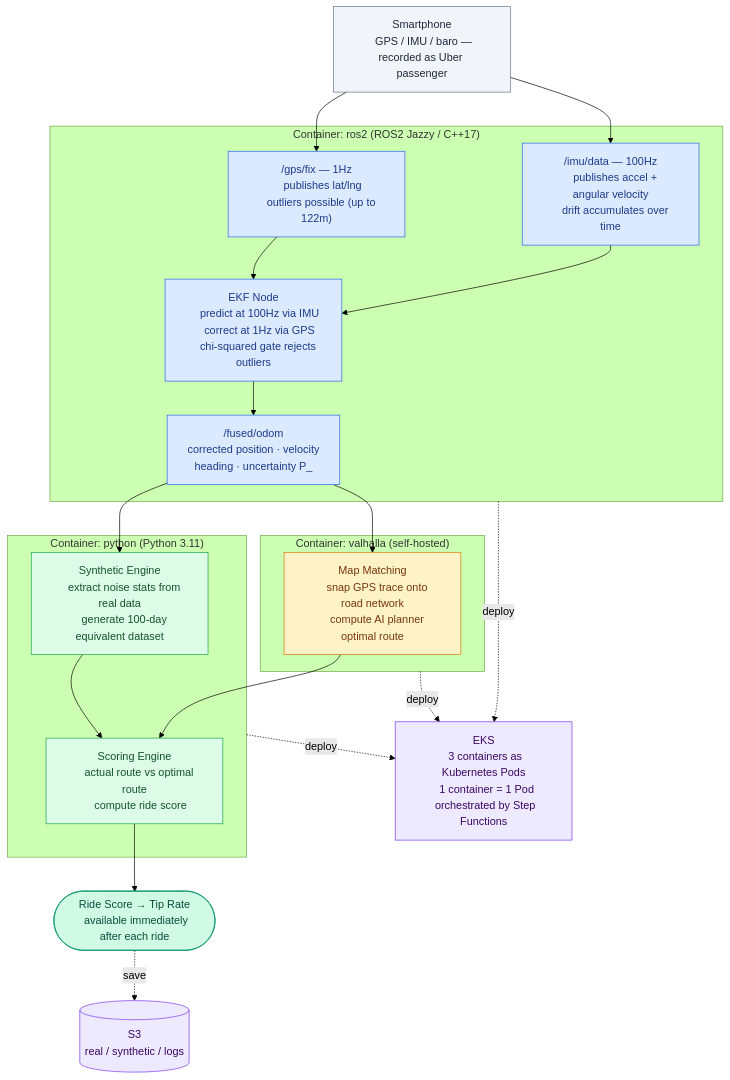
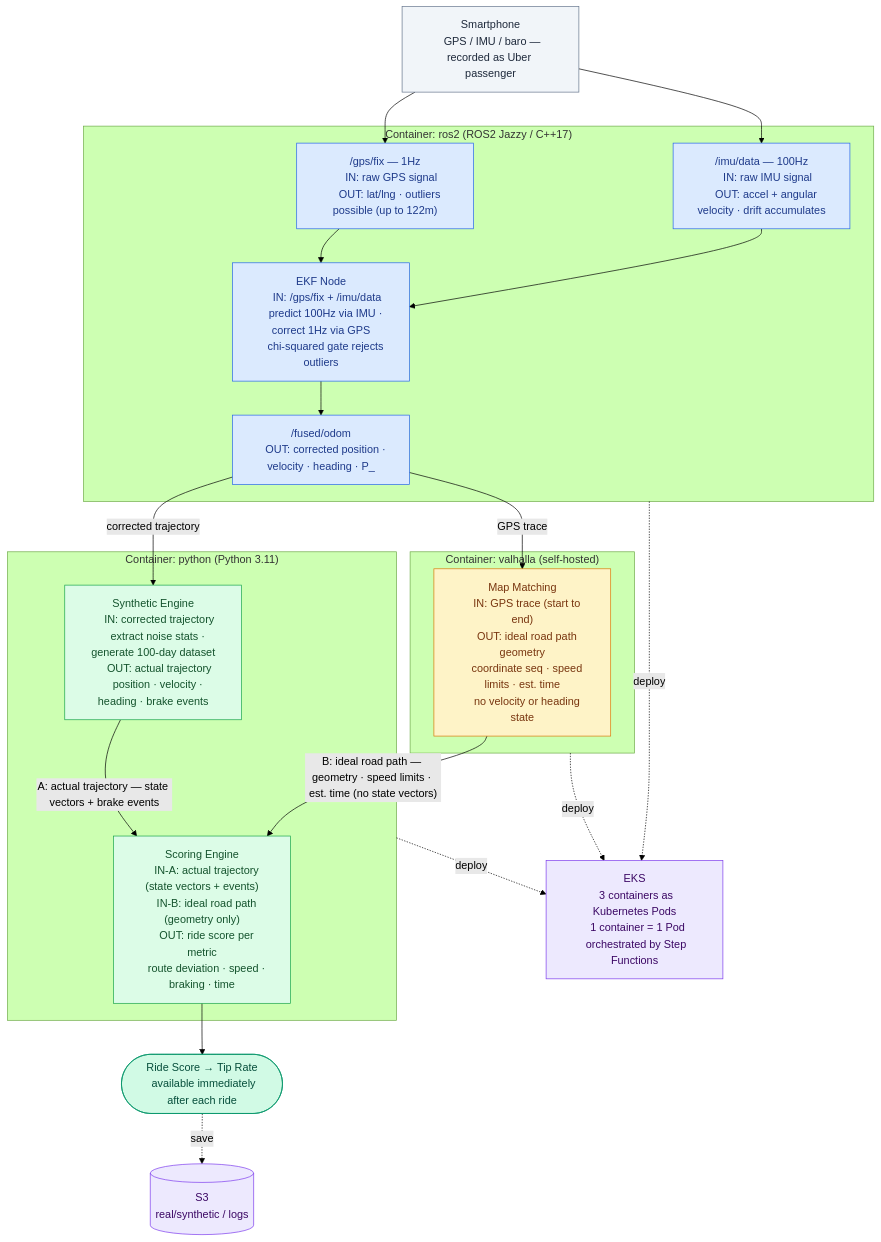
Before and after one commit to TakumiSomeya-Eng/raleigh-commute-digital-twin: the diagram in README.md, drawn with Mermaid (forest theme). The commit also changed other lines of this file, not shown here.

Commit message:
Enhance README with data flow and container details
Updated the README.md to clarify data flow and scoring engine inputs, and added container summaries.

````diff
--- a/README.md
+++ b/README.md
@@ -29,61 +30,67 @@
 ```mermaid
 flowchart TD
   classDef phoneNode fill:#F1F5F9,stroke:#64748B,color:#1E293B
   classDef ros2Node  fill:#DBEAFE,stroke:#2563EB,color:#1E3A8A
   classDef pyNode    fill:#DCFCE7,stroke:#16A34A,color:#14532D
   classDef valNode   fill:#FEF3C7,stroke:#D97706,color:#78350F
   classDef outNode   fill:#D1FAE5,stroke:#059669,color:#064E3B
   classDef infraNode fill:#EDE9FE,stroke:#7C3AED,color:#3B0764
 
   PHONE["Smartphone
   GPS / IMU / baro — recorded as Uber passenger"]:::phoneNode
 
   subgraph C_ROS2["Container: ros2  (ROS2 Jazzy / C++17)"]
     GPS["/gps/fix — 1Hz
-    publishes lat/lng
-    outliers possible (up to 122m)"]:::ros2Node
+    IN: raw GPS signal
+    OUT: lat/lng · outliers possible (up to 122m)"]:::ros2Node
     IMU["/imu/data — 100Hz
-    publishes accel + angular velocity
-    drift accumulates over time"]:::ros2Node
+    IN: raw IMU signal
+    OUT: accel + angular velocity · drift accumulates"]:::ros2Node
     EKF["EKF Node
-    predict at 100Hz via IMU
-    correct at 1Hz via GPS
+    IN: /gps/fix + /imu/data
+    predict 100Hz via IMU · correct 1Hz via GPS
     chi-squared gate rejects outliers"]:::ros2Node
     ODOM["/fused/odom
-    corrected position · velocity
-    heading · uncertainty P_"]:::ros2Node
+    OUT: corrected position · velocity · heading · P_"]:::ros2Node
     GPS & IMU --> EKF --> ODOM
   end
 
   subgraph C_PY["Container: python  (Python 3.11)"]
     SYN["Synthetic Engine
-    extract noise stats from real data
-    generate 100-day equivalent dataset"]:::pyNode
+    IN: corrected trajectory
+    extract noise stats · generate 100-day dataset
+    OUT: actual trajectory
+    position · velocity · heading · brake events"]:::pyNode
     SCO["Scoring Engine
-    actual route vs optimal route
-    compute ride score"]:::pyNode
-    SYN --> SCO
+    IN-A: actual trajectory (state vectors + events)
+    IN-B: ideal road path (geometry only)
+    OUT: ride score per metric
+    route deviation · speed · braking · time"]:::pyNode
+    SYN -->|"A: actual trajectory — state vectors + brake events"| SCO
   end
 
   subgraph C_VAL["Container: valhalla  (self-hosted)"]
     VAL["Map Matching
-    snap GPS trace onto road network
-    compute AI planner optimal route"]:::valNode
+    IN: GPS trace (start to end)
+    OUT: ideal road path geometry
+    coordinate seq · speed limits · est. time
+    no velocity or heading state"]:::valNode
   end
 
   OUT(["Ride Score → Tip Rate
   available immediately after each ride"]):::outNode
   S3[("S3
-  real / synthetic / logs")]:::infraNode
+  real/synthetic / logs")]:::infraNode
   EKS["EKS
   3 containers as Kubernetes Pods
   1 container = 1 Pod
   orchestrated by Step Functions"]:::infraNode
 
   PHONE --> GPS & IMU
-  ODOM --> SYN & VAL
-  VAL --> SCO
+  ODOM -->|"corrected trajectory"| SYN
+  ODOM -->|"GPS trace"| VAL
+  VAL -->|"B: ideal road path — geometry · speed limits · est. time (no state vectors)"| SCO
   SCO --> OUT
   OUT -.->|save| S3
   C_ROS2 & C_PY & C_VAL -.->|deploy| EKS
 ```
````
